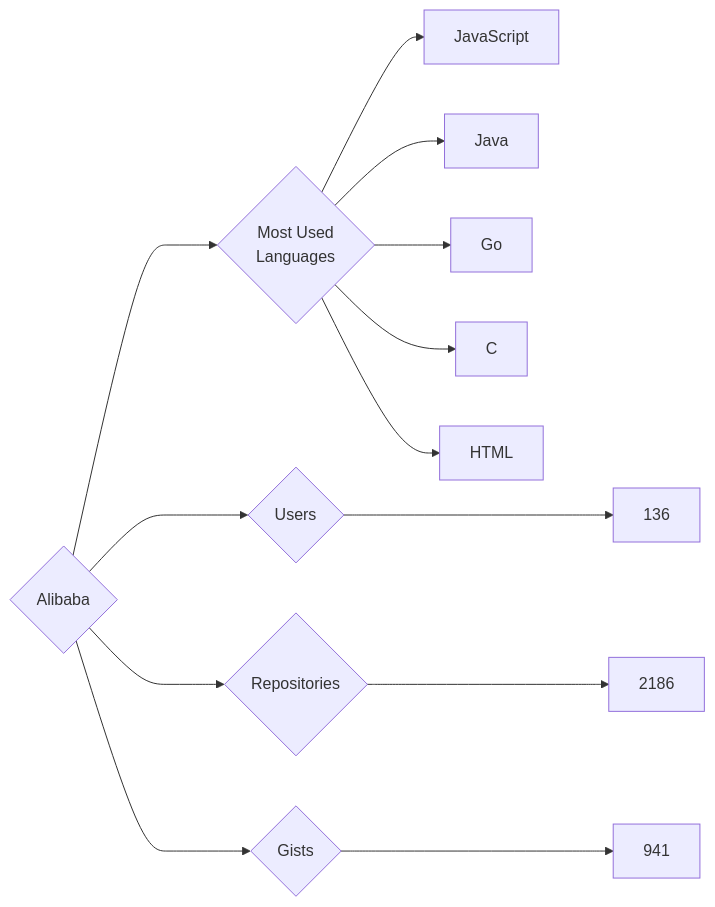
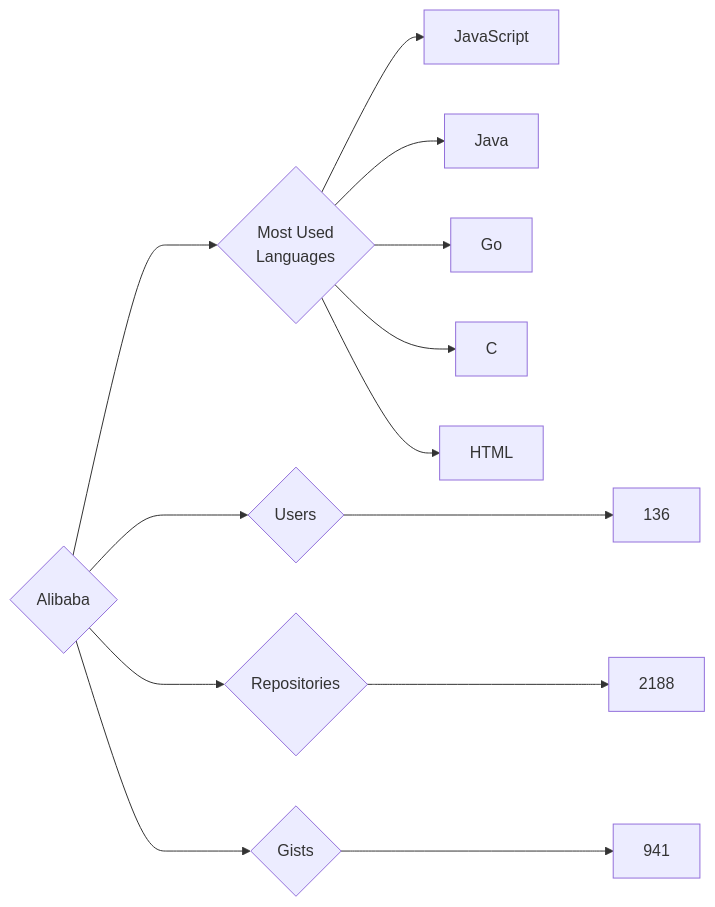
The diagram in targets/Alibaba/README.md (trickest/insiders), drawn with Mermaid before and after one commit. The commit also changed 553 other files, not shown here.

````diff
--- a/targets/Alibaba/README.md
+++ b/targets/Alibaba/README.md
@@ -3,13 +3,13 @@
 ```mermaid
 graph LR
 COMPANY_NAME{Alibaba}
 COMPANY_NAME ---> U{Users} ---> UN[136]
-COMPANY_NAME ---> R{Repositories} ---> RN[2186]
+COMPANY_NAME ---> R{Repositories} ---> RN[2188]
 COMPANY_NAME ---> G{Gists} ---> GN[941]
 COMPANY_NAME ---> ML{Most Used<br>Languages}
 ML --> JavaScript[JavaScript]
 ML --> Java[Java]
 ML --> Go[Go]
 ML --> C[C]
 ML --> HTML[HTML]
 ```
````
